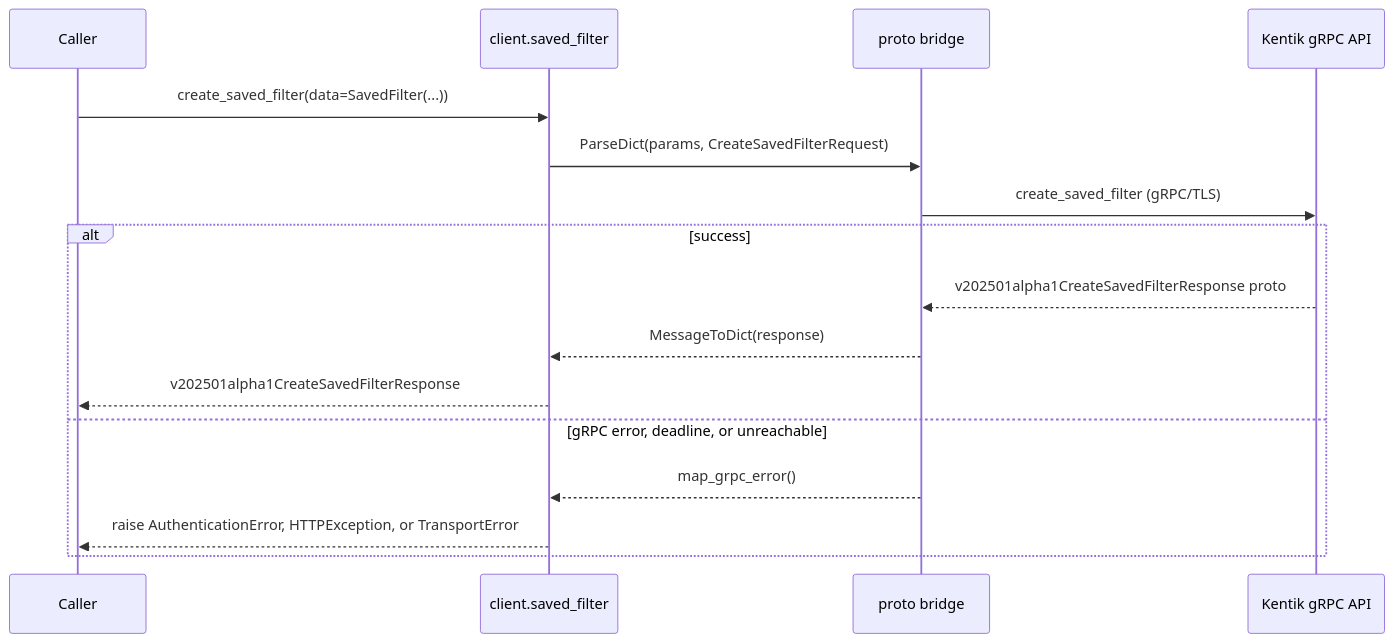
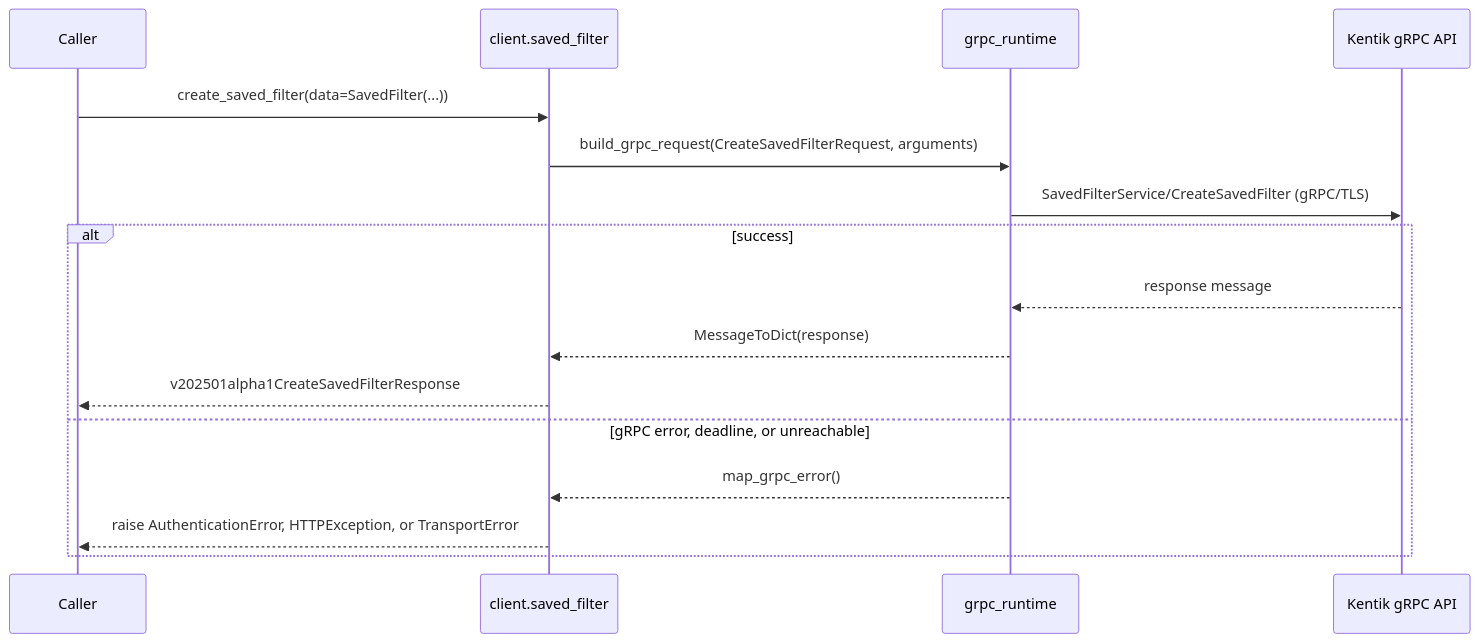
The third of 14 diagrams in docs/sphinx/services/saved_filter.md (alexdearaujo/community_sdk_python), drawn with Mermaid before and after one commit. The commit also changed other lines of this file and 37 other files, not shown here.

First line of the commit message:
docs: show the real RPC in each service page's gRPC diagram

````diff
--- a/docs/sphinx/services/saved_filter.md
+++ b/docs/sphinx/services/saved_filter.md
@@ -59,19 +59,19 @@
 ```mermaid
 sequenceDiagram
     participant C as Caller
     participant W as client.saved_filter
-    participant B as proto bridge
+    participant R as grpc_runtime
     participant API as Kentik gRPC API
 
     C->>W: create_saved_filter(data=SavedFilter(...))
-    W->>B: ParseDict(params, CreateSavedFilterRequest)
-    B->>API: create_saved_filter (gRPC/TLS)
+    W->>R: build_grpc_request(CreateSavedFilterRequest, arguments)
+    R->>API: SavedFilterService/CreateSavedFilter (gRPC/TLS)
     alt success
-        API-->>B: v202501alpha1CreateSavedFilterResponse proto
-        B-->>W: MessageToDict(response)
+        API-->>R: response message
+        R-->>W: MessageToDict(response)
         W-->>C: v202501alpha1CreateSavedFilterResponse
     else gRPC error, deadline, or unreachable
-        B-->>W: map_grpc_error()
+        R-->>W: map_grpc_error()
         W-->>C: raise AuthenticationError, HTTPException, or TransportError
     end
 ```
````
